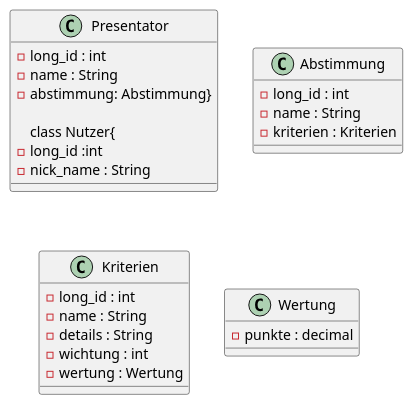
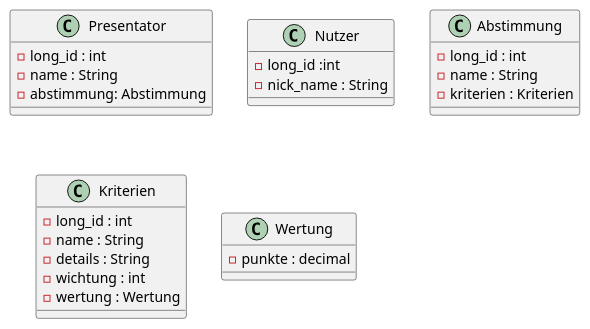
One commit to MathiasLux/Uml_Training changed the diagram in src/main/plantuml/vergleichsportal-domain.puml. Above: the diagram before and after it, drawn with PlantUML.

Commit message:
Resolved error

```diff
--- a/src/main/plantuml/vergleichsportal-domain.puml
+++ b/src/main/plantuml/vergleichsportal-domain.puml
@@ -1,31 +1,32 @@
 @startuml
 'https://plantuml.com/class-diagram
 
 
 class Presentator{
 -long_id : int
 -name : String
--abstimmung: Abstimmung}
+-abstimmung: Abstimmung
+}
 
 class Nutzer{
 -long_id :int
 -nick_name : String
 }
 class Abstimmung{
 -long_id : int
 -name : String
 -kriterien : Kriterien
 }
 class Kriterien{
 -long_id : int
 -name : String
 -details : String
 -wichtung : int
 -wertung : Wertung
 }
 
 class Wertung{
 -punkte : decimal
 }
 
 @enduml
```
